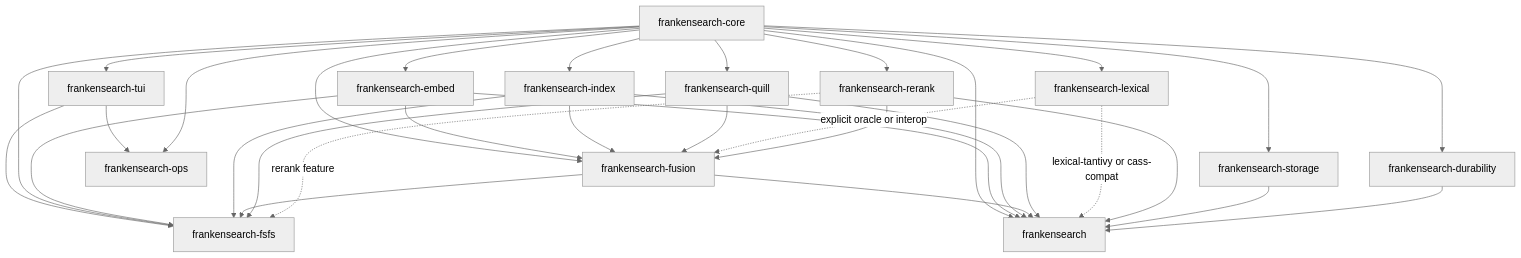
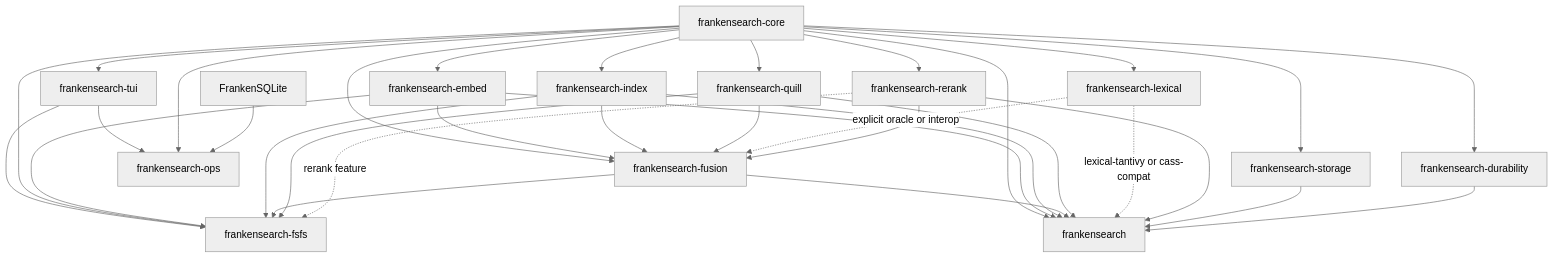
Before and after one commit to Dicklesworthstone/frankensearch: the first of 2 diagrams in docs/architecture.md, drawn with Mermaid (neutral theme). The commit also changed other lines of this file and 16 other files, not shown here.

````diff
--- a/docs/architecture.md
+++ b/docs/architecture.md
@@ -48,52 +48,54 @@
 ```mermaid
 graph TD
   core[frankensearch-core]
   embed[frankensearch-embed]
   index[frankensearch-index]
   quill[frankensearch-quill]
   lexical[frankensearch-lexical]
   fusion[frankensearch-fusion]
   rerank[frankensearch-rerank]
   storage[frankensearch-storage]
   durability[frankensearch-durability]
   tui[frankensearch-tui]
   fsfs[frankensearch-fsfs]
   ops[frankensearch-ops]
+  fsqlite[FrankenSQLite]
   facade[frankensearch]
 
   core --> embed
   core --> index
   core --> quill
   core --> lexical
   core --> fusion
   core --> rerank
   core --> storage
   core --> durability
   core --> tui
 
   embed --> fusion
   index --> fusion
   quill --> fusion
   lexical -. explicit oracle or interop .-> fusion
   rerank --> fusion
 
   core --> facade
   embed --> facade
   index --> facade
   fusion --> facade
   quill --> facade
   lexical -. lexical-tantivy or cass-compat .-> facade
   rerank --> facade
   storage --> facade
   durability --> facade
 
   tui --> fsfs
   core --> fsfs
   embed --> fsfs
   index --> fsfs
   fusion --> fsfs
   quill --> fsfs
   rerank -. rerank feature .-> fsfs
   tui --> ops
   core --> ops
+  fsqlite --> ops
 ```
````
